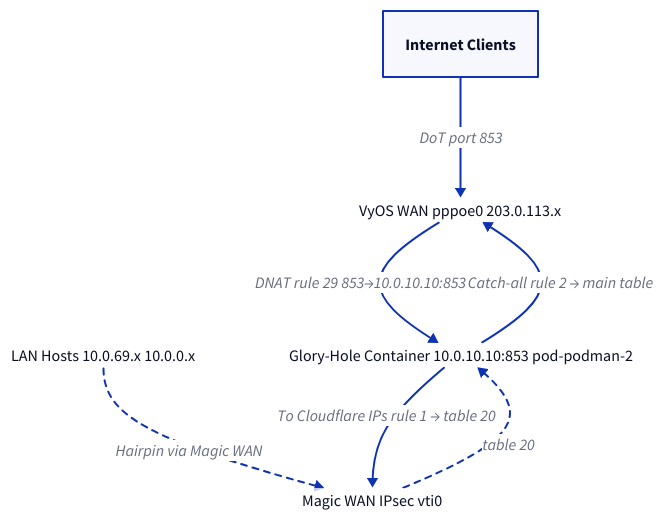
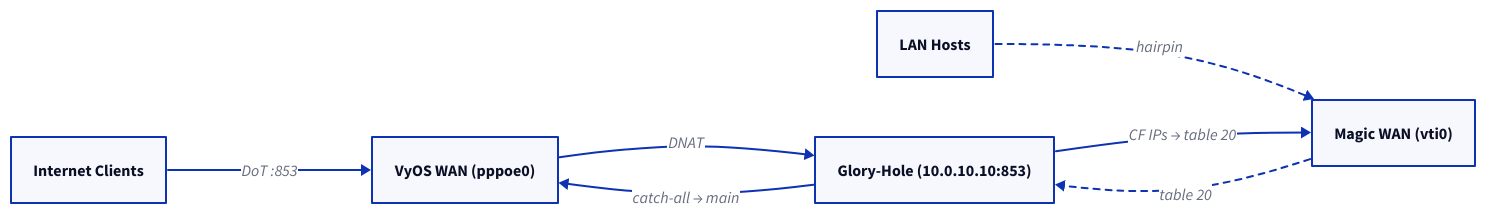
Before and after one commit to erfianugrah/lexicanum: the first of 2 diagrams in src/content/docs/guides/vyos-dot.mdx, drawn with D2. The commit also changed other lines of this file and 4 other files, not shown here.

First line of the commit message:
docs: update GH Actions guide and optimize D2 diagram layouts

````diff
--- a/src/content/docs/guides/vyos-dot.mdx
+++ b/src/content/docs/guides/vyos-dot.mdx
@@ -11,35 +11,16 @@
 ```d2
-direction: down
+direction: right
 
 Internet: Internet Clients
+WAN: VyOS WAN (pppoe0)
+Container: Glory-Hole (10.0.10.10:853)
+LAN: LAN Hosts
+MagicWAN: Magic WAN (vti0)
 
-WAN: |md
-  VyOS WAN
-  pppoe0
-  203.0.113.x
-|
-
-Container: |md
-  Glory-Hole Container
-  10.0.10.10:853
-  pod-podman-2
-|
-
-LAN: |md
-  LAN Hosts
-  10.0.69.x
-  10.0.0.x
-|
-
-MagicWAN: |md
-  Magic WAN
-  IPsec vti0
-|
-
-Internet -> WAN: DoT port 853
-WAN -> Container: "DNAT rule 29 853→10.0.10.10:853"
-LAN -> MagicWAN: "Hairpin via Magic WAN" {style.stroke-dash: 3}
+Internet -> WAN: DoT :853
+WAN -> Container: DNAT
+LAN -> MagicWAN: hairpin {style.stroke-dash: 3}
 MagicWAN -> Container: table 20 {style.stroke-dash: 3}
-Container -> MagicWAN: "To Cloudflare IPs rule 1 → table 20"
-Container -> WAN: "Catch-all rule 2 → main table"
+Container -> MagicWAN: CF IPs → table 20
+Container -> WAN: catch-all → main
 ```
````
